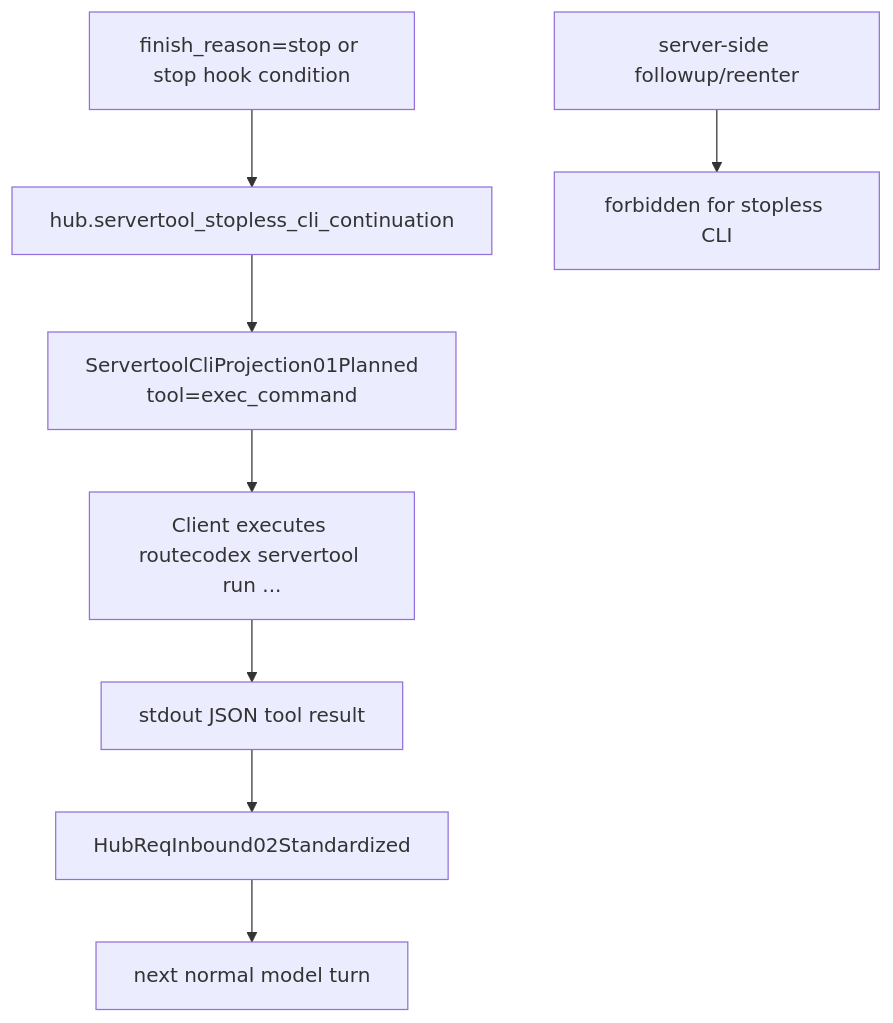
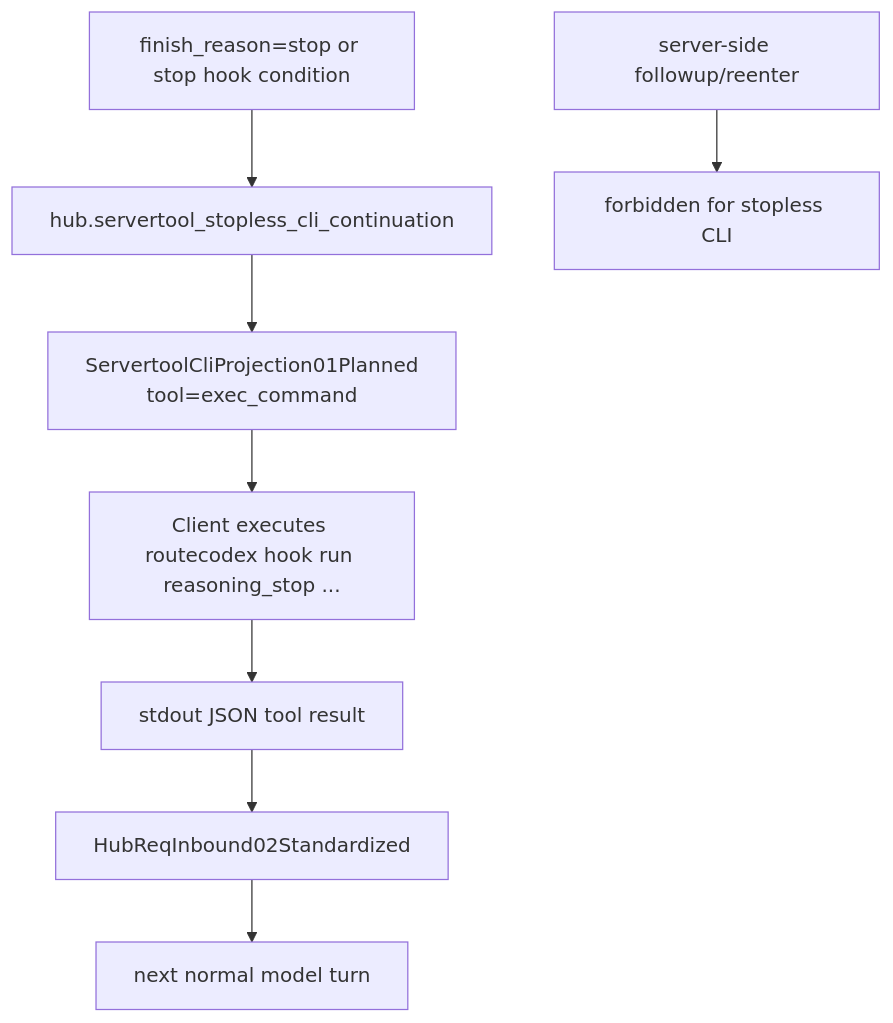
The third of 3 diagrams in docs/architecture/wiki/servertool-followup-call-graph.md (Jasonzhangf/routecodex), drawn with Mermaid before and after one commit. The commit also changed other lines of this file and 135 other files, not shown here.

````diff
--- a/docs/architecture/wiki/servertool-followup-call-graph.md
+++ b/docs/architecture/wiki/servertool-followup-call-graph.md
@@ -108,11 +108,11 @@
 ```mermaid
 flowchart TD
   A["finish_reason=stop or stop hook condition"] --> B["hub.servertool_stopless_cli_continuation"]
   B --> C["ServertoolCliProjection01Planned<br/>tool=exec_command"]
-  C --> D["Client executes routecodex servertool run ..."]
+  C --> D["Client executes routecodex hook run reasoning_stop ..."]
   D --> E["stdout JSON tool result"]
   E --> F["HubReqInbound02Standardized"]
   F --> G["next normal model turn"]
 
   H["server-side followup/reenter"] --> I["forbidden for stopless CLI"]
 ```
````
